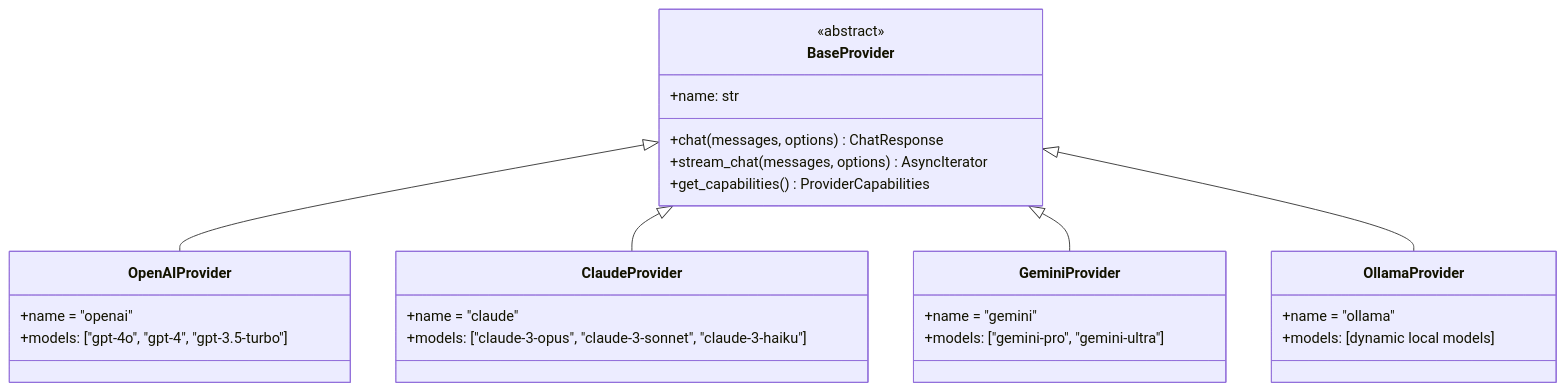
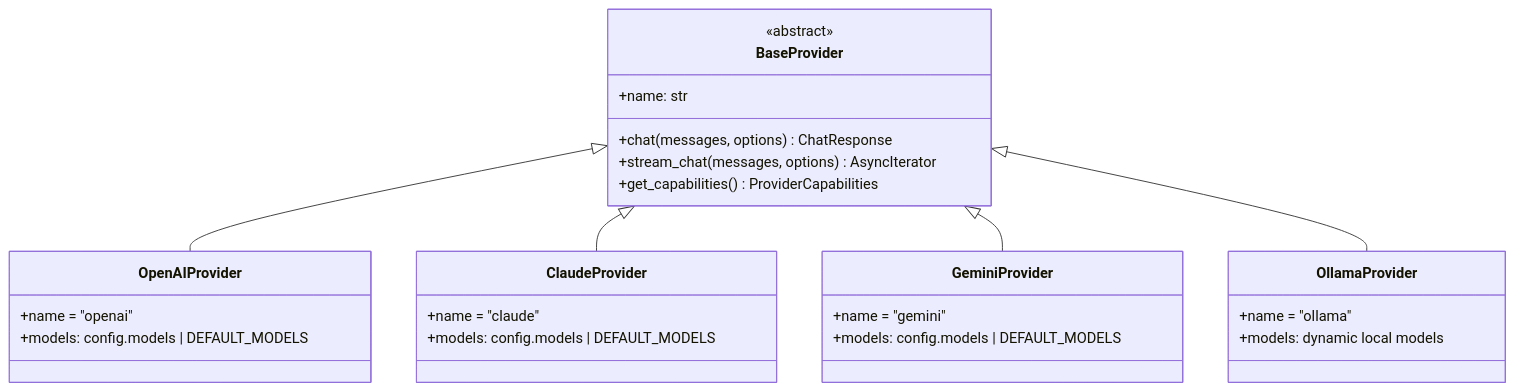
One commit to vmoranv/Cerise changed the diagram in docs/ai-providers.md. Above: the diagram before and after it, drawn with Mermaid. The commit also changed other lines of this file and 5 other files, not shown here.

````diff
--- a/docs/ai-providers.md
+++ b/docs/ai-providers.md
@@ -11,35 +11,35 @@
 ```mermaid
 classDiagram
     class BaseProvider {
         <<abstract>>
         +name: str
         +chat(messages, options) ChatResponse
         +stream_chat(messages, options) AsyncIterator
         +get_capabilities() ProviderCapabilities
     }
     
     class OpenAIProvider {
         +name = "openai"
-        +models: ["gpt-4o", "gpt-4", "gpt-3.5-turbo"]
+        +models: config.models | DEFAULT_MODELS
     }
     
     class ClaudeProvider {
         +name = "claude"
-        +models: ["claude-3-opus", "claude-3-sonnet", "claude-3-haiku"]
+        +models: config.models | DEFAULT_MODELS
     }
     
     class GeminiProvider {
         +name = "gemini"
-        +models: ["gemini-pro", "gemini-ultra"]
+        +models: config.models | DEFAULT_MODELS
     }
     
     class OllamaProvider {
         +name = "ollama"
-        +models: [dynamic local models]
+        +models: dynamic local models
     }
     
     BaseProvider <|-- OpenAIProvider
     BaseProvider <|-- ClaudeProvider
     BaseProvider <|-- GeminiProvider
     BaseProvider <|-- OllamaProvider
 ```
````
